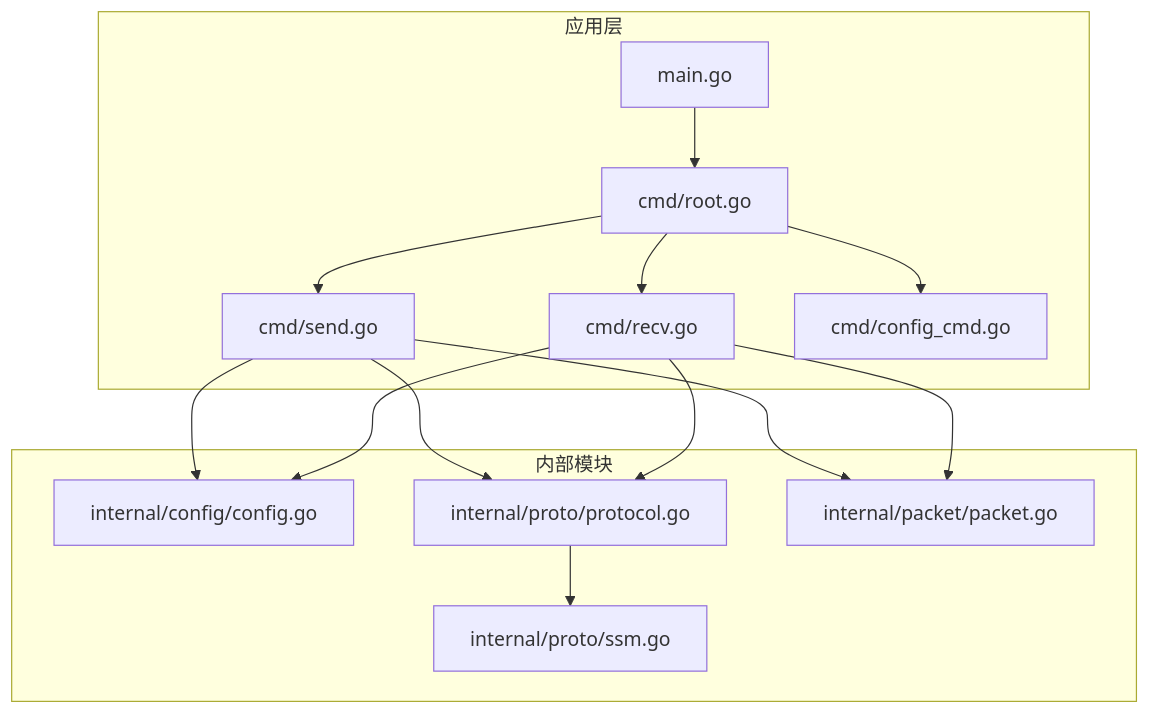
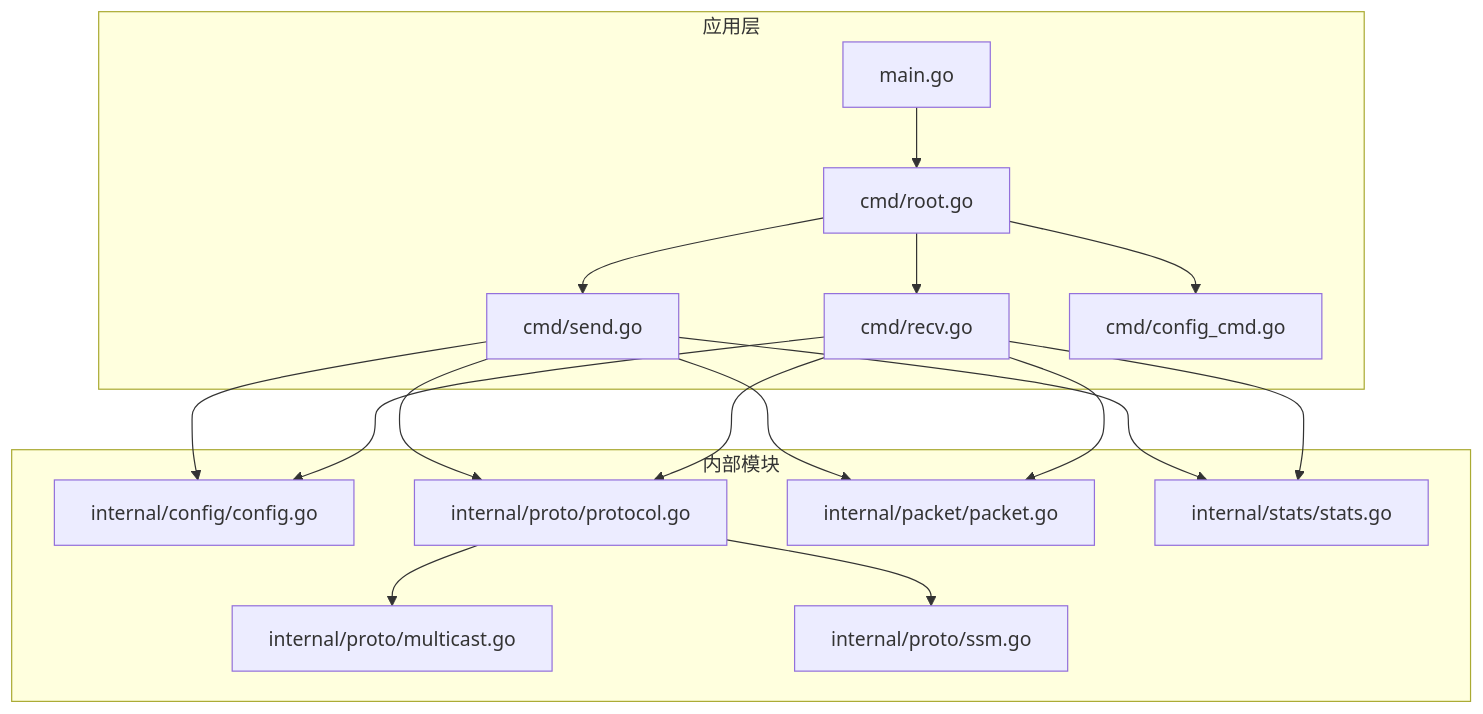
One commit to yanzhen74/ping-x changed the eighth of 8 diagrams in .qoder/repowiki/zh/content/网络协议支持/组播协议测试.md. Above: the diagram before and after it, drawn with Mermaid. The commit also changed other lines of this file and 16 other files, not shown here.

````diff
--- a/.qoder/repowiki/zh/content/网络协议支持/组播协议测试.md
+++ b/.qoder/repowiki/zh/content/网络协议支持/组播协议测试.md
@@ -281,27 +377,32 @@
 ```mermaid
 graph TB
 subgraph "应用层"
 MAIN["main.go"]
 ROOT["cmd/root.go"]
 SEND["cmd/send.go"]
 RECV["cmd/recv.go"]
 CONF["cmd/config_cmd.go"]
 end
 subgraph "内部模块"
 CFG["internal/config/config.go"]
 PROT["internal/proto/protocol.go"]
+MC["internal/proto/multicast.go"]
 SSM["internal/proto/ssm.go"]
 PKT["internal/packet/packet.go"]
+STATS["internal/stats/stats.go"]
 end
 MAIN --> ROOT
 ROOT --> SEND
 ROOT --> RECV
 ROOT --> CONF
 SEND --> CFG
 RECV --> CFG
 SEND --> PROT
 RECV --> PROT
+PROT --> MC
 PROT --> SSM
 SEND --> PKT
 RECV --> PKT
+SEND --> STATS
+RECV --> STATS
 ```
````
